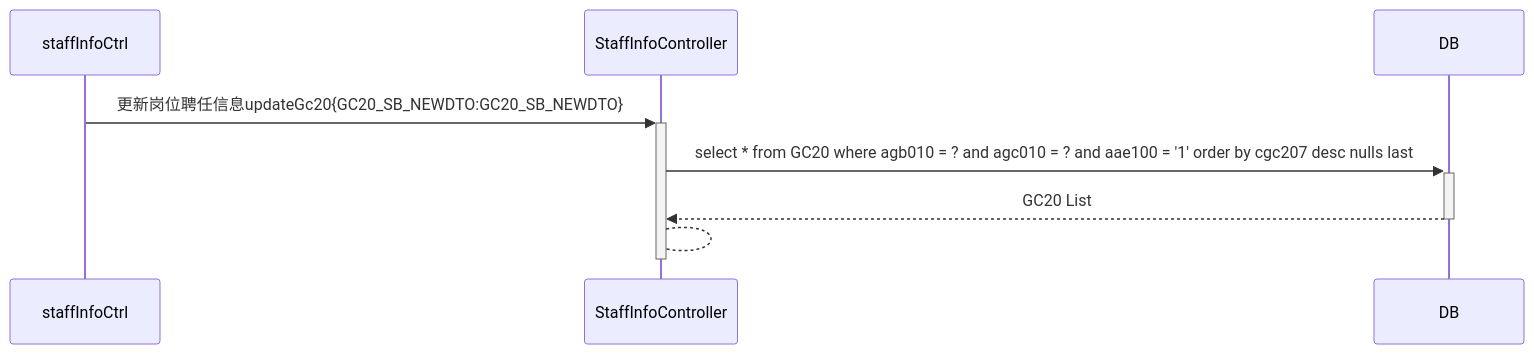
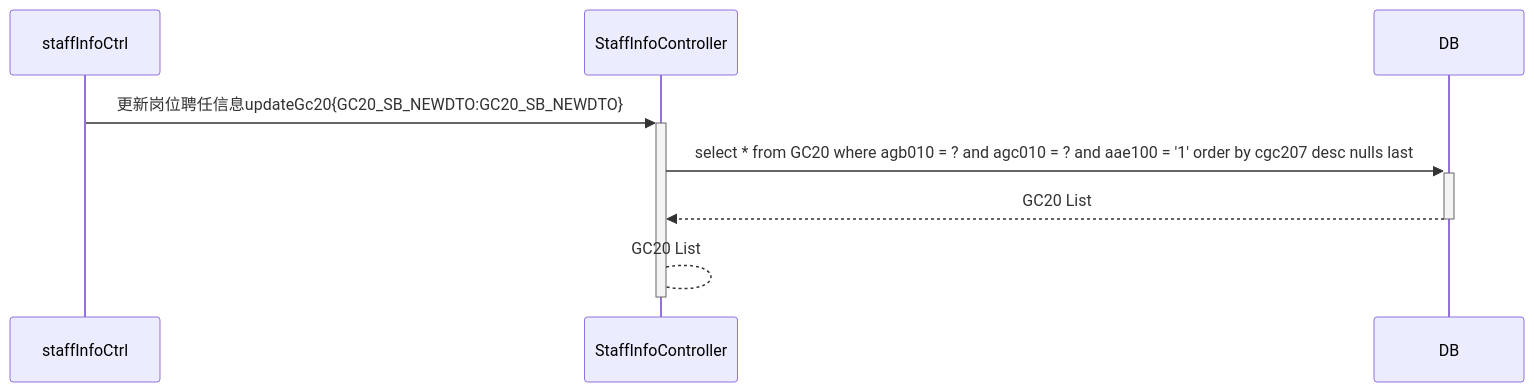
Before and after one commit to ZhangJianBeiJing/iodraw-files: the diagram in all/未命名.md, drawn with Mermaid.

Commit message:
2025-03-24 18:56:20 update

````diff
--- a/all/未命名.md
+++ b/all/未命名.md
@@ -1,7 +1,7 @@
 ```mermaid
 sequenceDiagram
     staffInfoCtrl->>+StaffInfoController:更新岗位聘任信息updateGc20{GC20_SB_NEWDTO:GC20_SB_NEWDTO}
     StaffInfoController->>+DB:select * from GC20 where agb010 = ? and agc010 = ? and aae100 = '1' order by cgc207 desc nulls last
     DB-->>-StaffInfoController:GC20 List
-    StaffInfoController-->-StaffInfoController:    
+    StaffInfoController-->-StaffInfoController:    GC20 List
 ```
````
